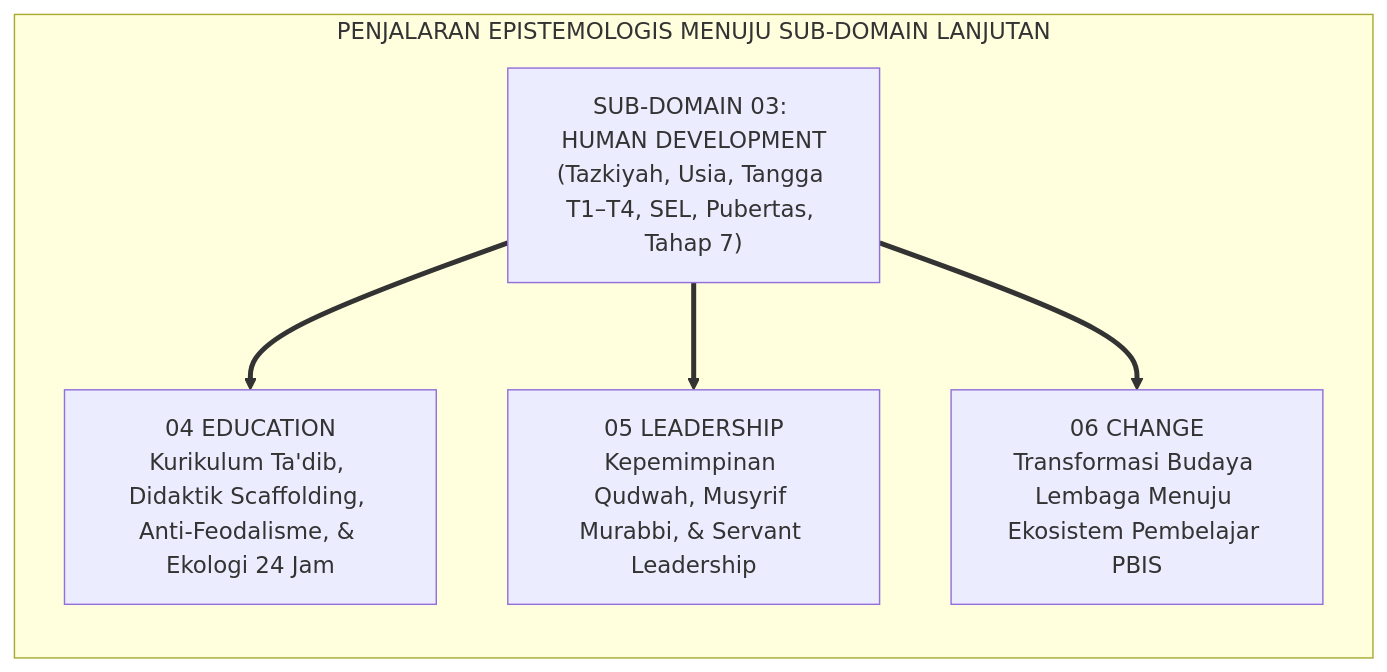
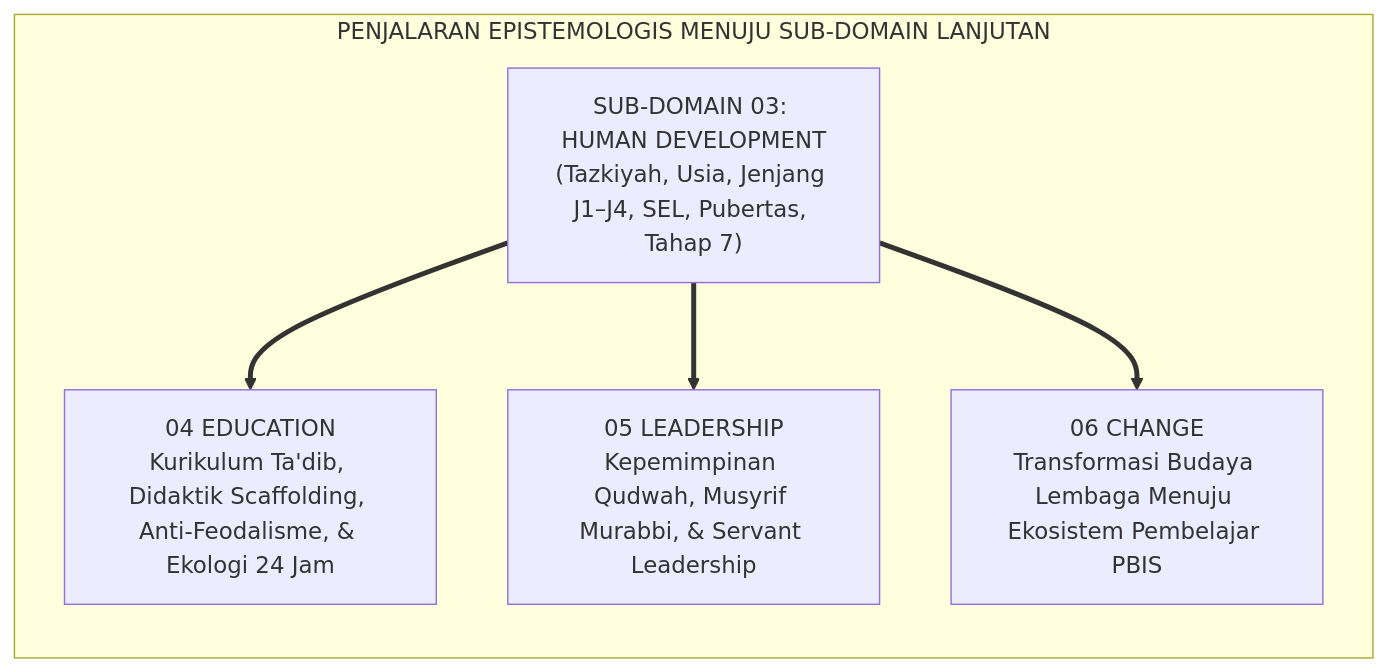
Before and after one commit to wandiapriliyandi/tumbuh: the third of 3 diagrams in 01 Philosophy/03 Human Development/P1-03-Human-Development-TUMBUH.md, drawn with Mermaid. The commit also changed other lines of this file and 209 other files, not shown here.

````diff
--- a/01 Philosophy/03 Human Development/P1-03-Human-Development-TUMBUH.md
+++ b/01 Philosophy/03 Human Development/P1-03-Human-Development-TUMBUH.md
@@ -132,16 +132,16 @@
 ```mermaid
 graph LR
     subgraph PenjalaranFilosofis["PENJALARAN EPISTEMOLOGIS MENUJU SUB-DOMAIN LANJUTAN"]
-        HD["SUB-DOMAIN 03: HUMAN DEVELOPMENT<br/>(Tazkiyah, Usia, Tangga T1–T4, SEL, Pubertas, Tahap 7)"]
+        HD["SUB-DOMAIN 03: HUMAN DEVELOPMENT<br/>(Tazkiyah, Usia, Jenjang J1–J4, SEL, Pubertas, Tahap 7)"]
         
         ED["04 EDUCATION<br/>Kurikulum Ta'dib, Didaktik Scaffolding, Anti-Feodalisme, & Ekologi 24 Jam"]
         
         LD["05 LEADERSHIP<br/>Kepemimpinan Qudwah, Musyrif Murabbi, & Servant Leadership"]
         
         CH["06 CHANGE<br/>Transformasi Budaya Lembaga Menuju Ekosistem Pembelajar PBIS"]
         
         HD ==> ED
         HD ==> LD
         HD ==> CH
     end
 ```
````
